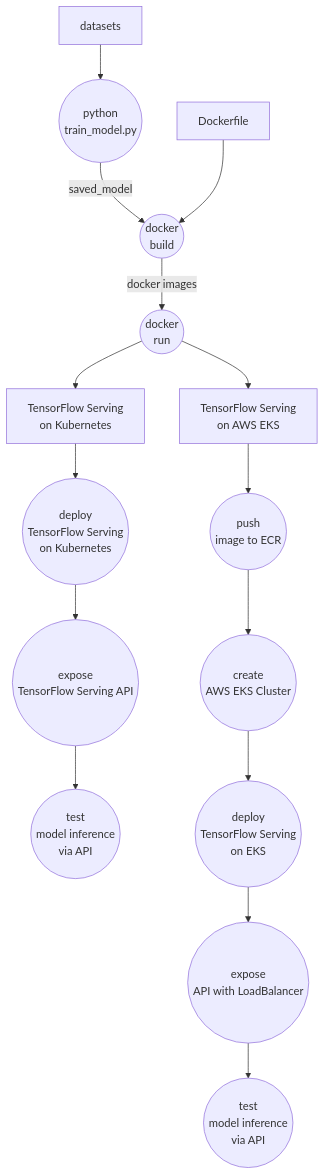
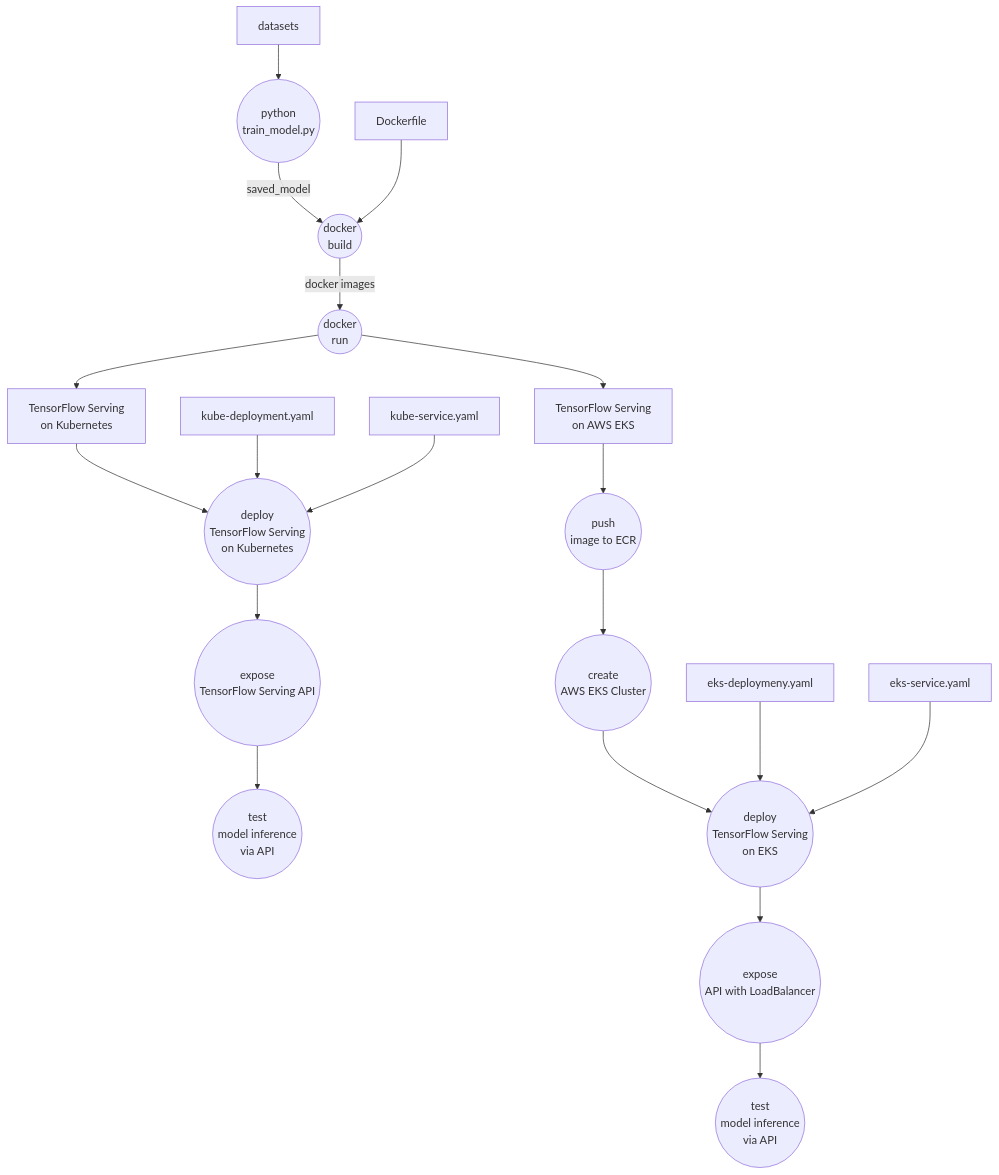
The first of 3 diagrams in README.md (ketut-garjita/E-Commerce-Engagement-ML), drawn with Mermaid before and after one commit.

````diff
--- a/README.md
+++ b/README.md
@@ -113,37 +113,40 @@
 ```mermaid
 graph TD
     A((python
 train_model.py)) --> | saved_model | B((docker
 build))
     B --> | docker images | C((docker
 run))
     C --> D1[TensorFlow Serving 
 on Kubernetes]
     C --> D2[TensorFlow Serving 
 on AWS EKS]
     
     D1 --> E1((deploy
 TensorFlow Serving
 on Kubernetes))
     E1 --> F1((expose
 TensorFlow Serving API))
     F1 --> G1((test 
 model inference
 via API))
 
     D2 --> E2((push
 image to ECR))
     E2 --> F2((create
 AWS EKS Cluster))
     F2 --> G2((deploy 
 TensorFlow Serving
 on EKS))
     G2 --> H2((expose
 API with LoadBalancer))
     H2 --> I2((test 
 model inference
 via API))
 datasets --> A
 Dockerfile --> B
-
+kube-deployment.yaml --> E1
+kube-service.yaml --> E1
+eks-deploymeny.yaml --> G2
+eks-service.yaml --> G2
 ```
````
